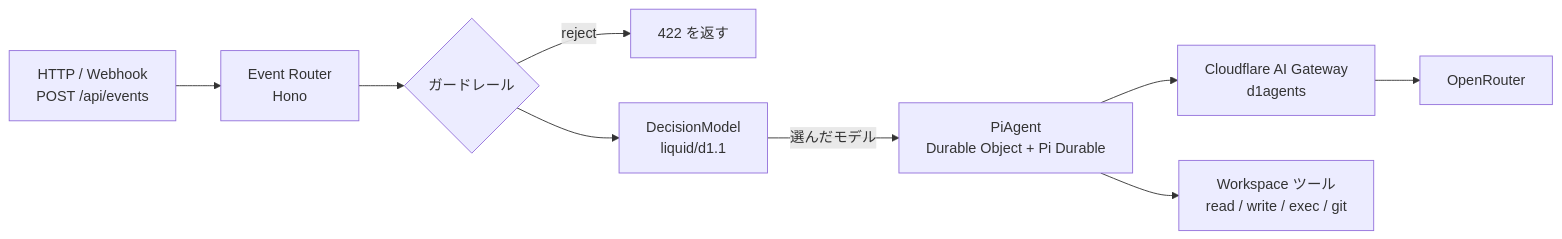
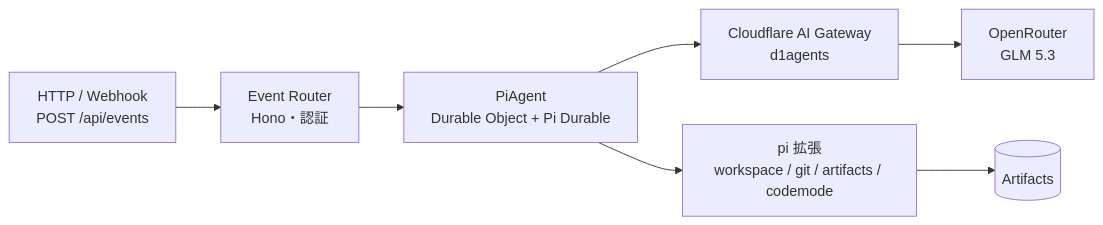
The diagram in README.md (YuSa0-6/PiDurableAgents), drawn with Mermaid before and after one commit. The commit also changed other lines of this file and 15 other files, not shown here.

First line of the commit message:
Remove the DecisionModel and fix the model to GLM 5.3

````diff
--- a/README.md
+++ b/README.md
@@ -19,11 +19,9 @@
 ```mermaid
 flowchart LR
-  A[HTTP / Webhook<br>POST /api/events] --> R[Event Router<br>Hono]
-  R --> G{ガードレール}
-  G -- reject --> X[422 を返す]
-  G --> D[DecisionModel<br>liquid/d1.1]
-  D -- 選んだモデル --> P[PiAgent<br>Durable Object + Pi Durable]
+  A[HTTP / Webhook<br>POST /api/events] --> R[Event Router<br>Hono・認証]
+  R --> P[PiAgent<br>Durable Object + Pi Durable]
   P --> GW[Cloudflare AI Gateway<br>d1agents]
-  GW --> OR[OpenRouter]
-  P --> T[Workspace ツール<br>read / write / exec / git]
+  GW --> OR[OpenRouter<br>GLM 5.3]
+  P --> T[pi 拡張<br>workspace / git / artifacts / codemode]
+  T --> AR[(Artifacts)]
 ```
````
